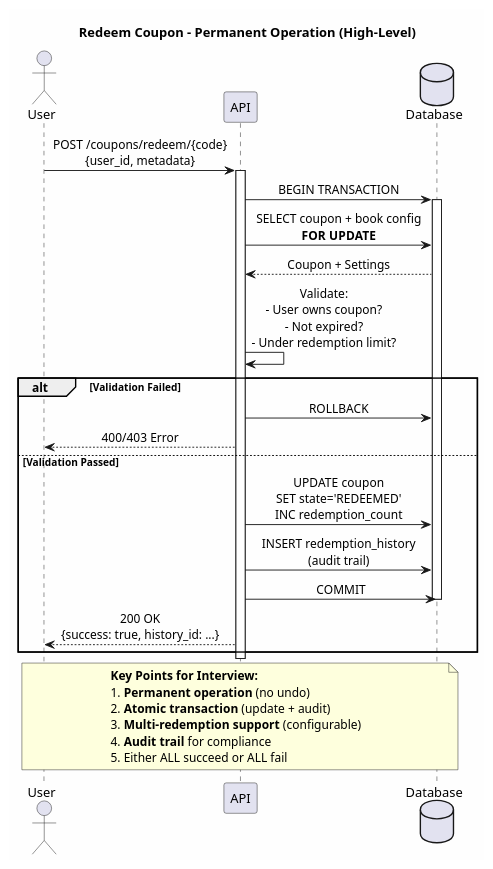
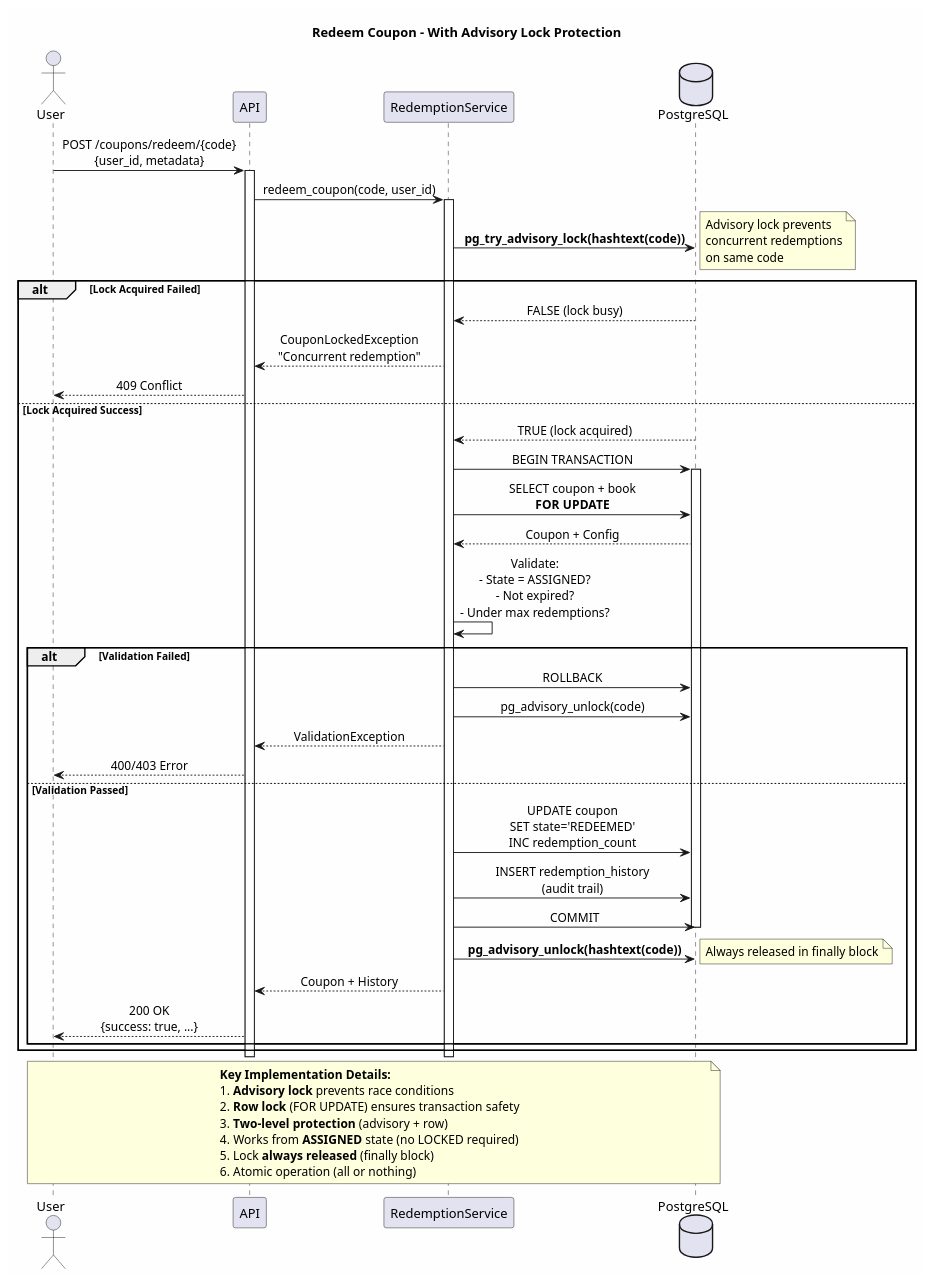
One commit to pepenotti/qurable-tech-challenge changed the diagram in docs/diagrams/sequence-redeem-coupon.puml. Above: the diagram before and after it, drawn with PlantUML. The commit also changed 10 other files, not shown here.

```diff
--- a/docs/diagrams/sequence-redeem-coupon.puml
+++ b/docs/diagrams/sequence-redeem-coupon.puml
@@ -1,47 +1,74 @@
 @startuml Redeem Coupon
 skinparam backgroundColor #FEFEFE
 skinparam sequenceMessageAlign center
 
-title Redeem Coupon - Permanent Operation (High-Level)
+title Redeem Coupon - With Advisory Lock Protection
 
 actor User
 participant "API" as API
-database "Database" as DB
+participant "RedemptionService" as Service
+database "PostgreSQL" as DB
 
 User -> API : POST /coupons/redeem/{code}\n{user_id, metadata}
 activate API
 
-API -> DB : BEGIN TRANSACTION
-activate DB
+API -> Service : redeem_coupon(code, user_id)
+activate Service
 
-API -> DB : SELECT coupon + book config\n**FOR UPDATE**
+Service -> DB : **pg_try_advisory_lock(hashtext(code))**
+note right
+  Advisory lock prevents
+  concurrent redemptions
+  on same code
+end note
 
-DB --> API : Coupon + Settings
+alt Lock Acquired Failed
+    DB --> Service : FALSE (lock busy)
+    Service --> API : CouponLockedException\n"Concurrent redemption"
+    API --> User : 409 Conflict
+else Lock Acquired Success
+    DB --> Service : TRUE (lock acquired)
+    
+    Service -> DB : BEGIN TRANSACTION
+    activate DB
+    
+    Service -> DB : SELECT coupon + book\n**FOR UPDATE**
+    DB --> Service : Coupon + Config
+    
+    Service -> Service : Validate:\n- State = ASSIGNED?\n- Not expired?\n- Under max redemptions?
+    
+    alt Validation Failed
+        Service -> DB : ROLLBACK
+        Service -> DB : pg_advisory_unlock(code)
+        Service --> API : ValidationException
+        API --> User : 400/403 Error
+    else Validation Passed
+        Service -> DB : UPDATE coupon\nSET state='REDEEMED'\nINC redemption_count
+        
+        Service -> DB : INSERT redemption_history\n(audit trail)
+        
+        Service -> DB : COMMIT
+        deactivate DB
+        
+        Service -> DB : **pg_advisory_unlock(hashtext(code))**
+        note right: Always released in finally block
+        
+        Service --> API : Coupon + History
+        API --> User : 200 OK\n{success: true, ...}
+    end
+end
 
-API -> API : Validate:\n- User owns coupon?\n- Not expired?\n- Under redemption limit?
-
-alt Validation Failed
-    API -> DB : ROLLBACK
-    API --> User : 400/403 Error
-else Validation Passed
-    API -> DB : UPDATE coupon\nSET state='REDEEMED'\nINC redemption_count
-    
-    API -> DB : INSERT redemption_history\n(audit trail)
-    
-    API -> DB : COMMIT
-    deactivate DB
-    
-    API --> User : 200 OK\n{success: true, history_id: ...}
-end
+deactivate Service
 deactivate API
 
 note over User, DB
-  **Key Points for Interview:**
-  1. **Permanent operation** (no undo)
-  2. **Atomic transaction** (update + audit)
-  3. **Multi-redemption support** (configurable)
-  4. **Audit trail** for compliance
-  5. Either ALL succeed or ALL fail
+  **Key Implementation Details:**
+  1. **Advisory lock** prevents race conditions
+  2. **Row lock** (FOR UPDATE) ensures transaction safety
+  3. **Two-level protection** (advisory + row)
+  4. Works from **ASSIGNED** state (no LOCKED required)
+  5. Lock **always released** (finally block)
+  6. Atomic operation (all or nothing)
 end note
 
 @enduml
```
